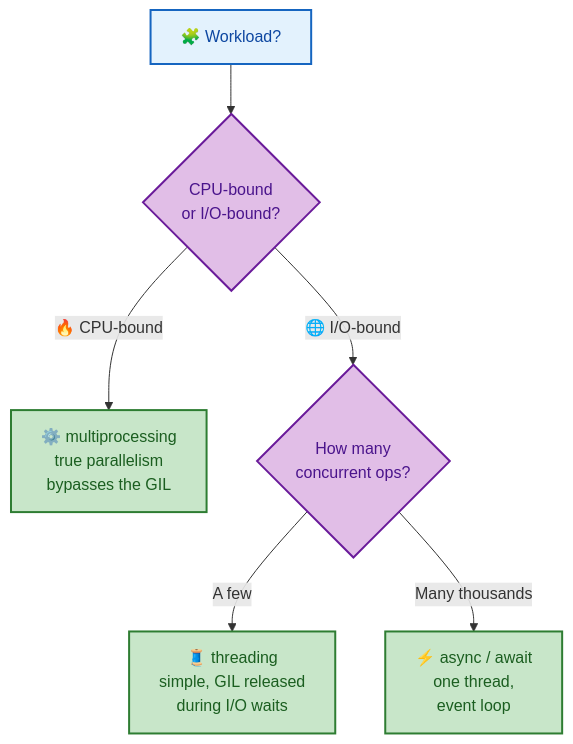
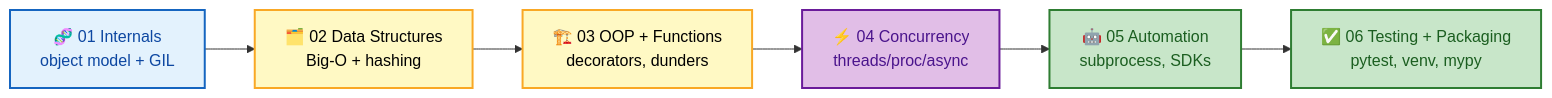
The second of 2 diagrams in python/README.md (rakesh-budde/devops-guide), drawn with Mermaid before and after one commit. The commit also changed other lines of this file and 127 other files, not shown here.

````diff
--- a/python/README.md
+++ b/python/README.md
@@ -68,21 +80,21 @@
 ```mermaid
-flowchart TD
-    A["🧩 Workload?"] --> B{"CPU-bound<br/>or I/O-bound?"}
-    B -->|"🔥 CPU-bound"| C["⚙️ multiprocessing<br/>true parallelism<br/>bypasses the GIL"]
-    B -->|"🌐 I/O-bound"| D{"How many<br/>concurrent ops?"}
-    D -->|"A few"| E["🧵 threading<br/>simple, GIL released<br/>during I/O waits"]
-    D -->|"Many thousands"| F["⚡ async / await<br/>one thread,<br/>event loop"]
-    C:::good
+flowchart LR
+    A["🧬 01 Internals<br/>object model + GIL"] --> B["🗂️ 02 Data Structures<br/>Big-O + hashing"]
+    B --> C["🏗️ 03 OOP + Functions<br/>decorators, dunders"]
+    C --> D["⚡ 04 Concurrency<br/>threads/proc/async"]
+    D --> E["🤖 05 Automation<br/>subprocess, SDKs"]
+    E --> F["✅ 06 Testing + Packaging<br/>pytest, venv, mypy"]
+    A:::start
+    B:::proc
+    C:::proc
+    D:::ctrl
     E:::good
     F:::good
-    A:::start
-    B:::ctrl
-    D:::ctrl
 
     classDef start fill:#e3f2fd,stroke:#1565c0,color:#0d47a1,stroke-width:2px;
-    classDef proc fill:#fff9c4,stroke:#f9a825,color:#000,stroke-width:2px;
-    classDef good fill:#c8e6c9,stroke:#2e7d32,color:#1b5e20,stroke-width:2px;
-    classDef bad fill:#ffcdd2,stroke:#c62828,color:#b71c1c,stroke-width:2px;
-    classDef ctrl fill:#e1bee7,stroke:#6a1b9a,color:#4a148c,stroke-width:2px;
+    classDef proc  fill:#fff9c4,stroke:#f9a825,color:#000,stroke-width:2px;
+    classDef good  fill:#c8e6c9,stroke:#2e7d32,color:#1b5e20,stroke-width:2px;
+    classDef bad   fill:#ffcdd2,stroke:#c62828,color:#b71c1c,stroke-width:2px;
+    classDef ctrl  fill:#e1bee7,stroke:#6a1b9a,color:#4a148c,stroke-width:2px;
     classDef store fill:#ffe0b2,stroke:#e65100,color:#000,stroke-width:2px;
 ```
````
